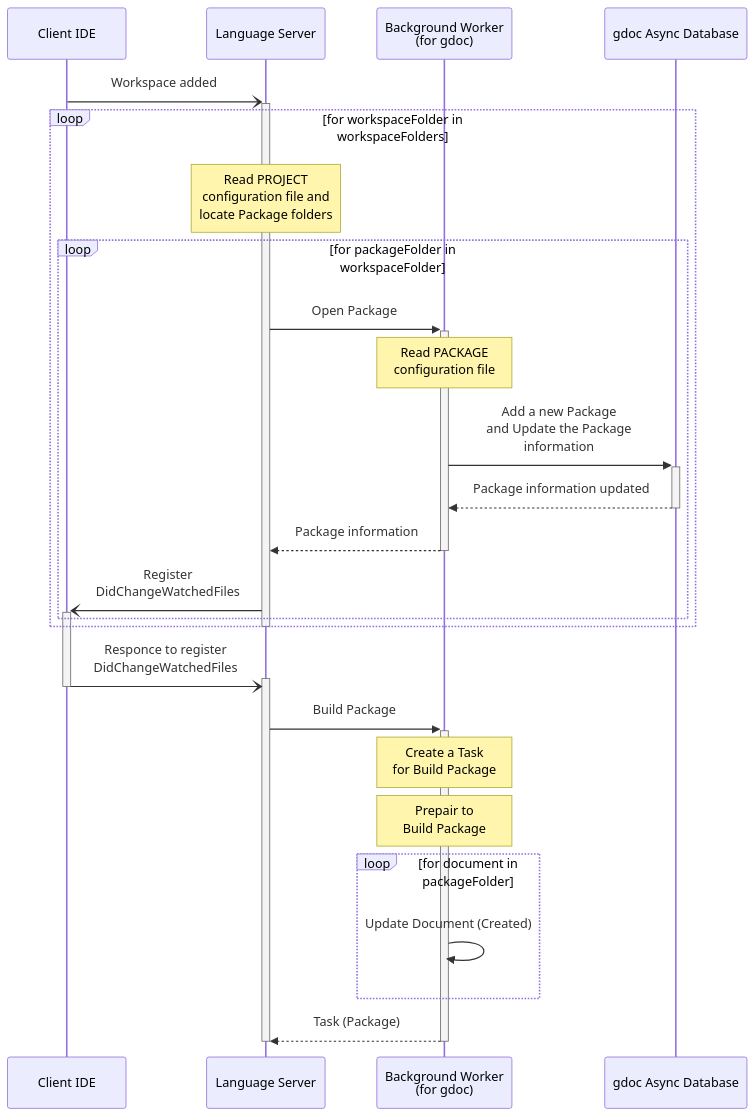
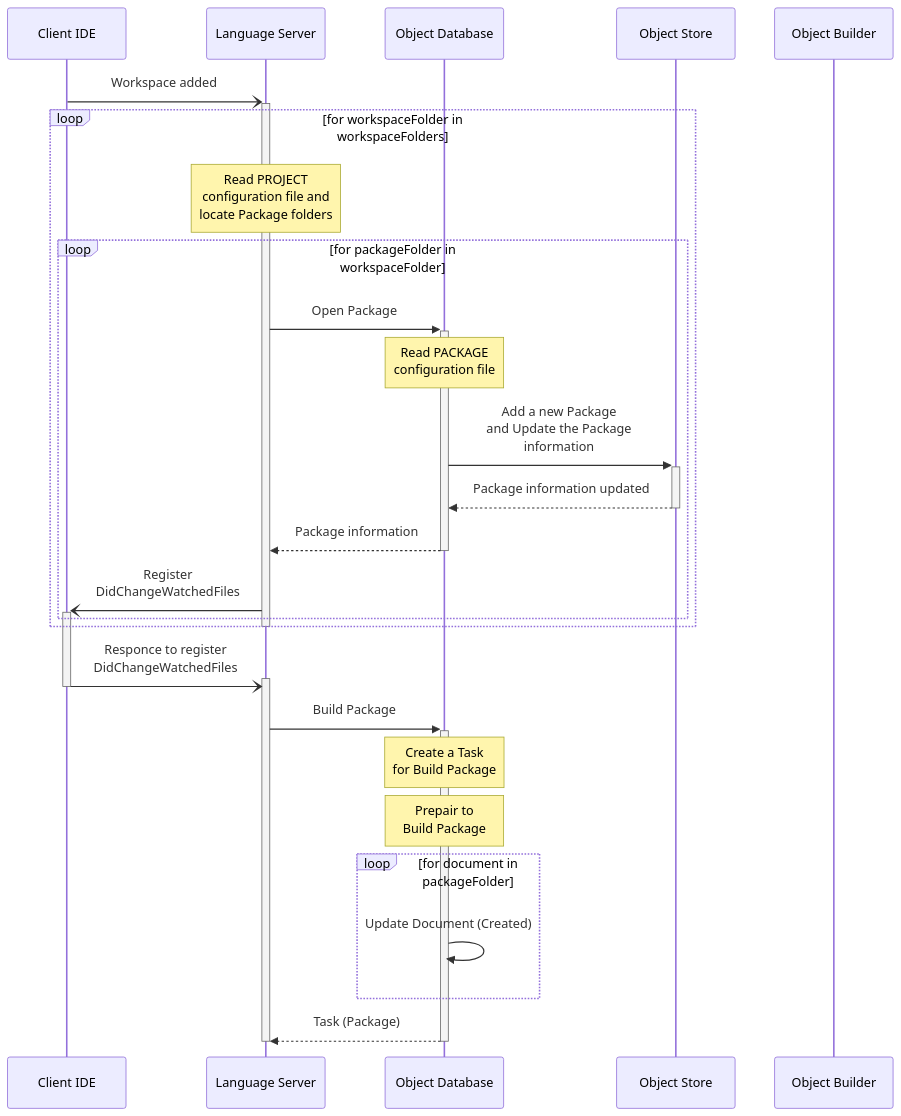
One commit to tyskdm/gdoc changed the first of 5 diagrams in docs/ArchitecturalDesign/gdocServer/LanguageServer.md. Above: the diagram before and after it, drawn with Mermaid. The commit also changed other lines of this file, not shown here.

Commit message:
refactor: Update sequence diagrams to replace Background Worker and gdoc Async Database with Object Database and Object Store

````diff
--- a/docs/ArchitecturalDesign/gdocServer/LanguageServer.md
+++ b/docs/ArchitecturalDesign/gdocServer/LanguageServer.md
@@ -126,32 +126,33 @@
 ```mermaid
 sequenceDiagram
   participant IDE as Client IDE
   participant LS as Language Server
-  participant Worker as Background Worker<br>(for gdoc)
-  participant DB as gdoc Async Database
+  participant ODB as Object Database
+  participant OBJ as Object Store
+  participant BLD as Object Builder
 
   IDE -) +LS: Workspace added
     Loop for workspaceFolder in workspaceFolders
       Note over LS: Read PROJECT<br>configuration file and<br>locate Package folders
       Loop for packageFolder in workspaceFolder
-        LS ->> +Worker: Open Package
-          Note over Worker: Read PACKAGE<br>configuration file
-            Worker ->> +DB: Add a new Package<br>and Update the Package<br>information
-            DB -->> -Worker: Package information updated
-        Worker -->> -LS: Package information
+        LS ->> +ODB: Open Package
+          Note over ODB: Read PACKAGE<br>configuration file
+            ODB ->> +OBJ: Add a new Package<br>and Update the Package<br>information
+            OBJ -->> -ODB: Package information updated
+        ODB -->> -LS: Package information
         LS -) +IDE: Register<br>DidChangeWatchedFiles
       end
     end
   deactivate LS
   %%
   IDE -) +LS: Responce to register<br>DidChangeWatchedFiles
     deactivate IDE
-    LS ->> +Worker: Build Package
-      Note over Worker: Create a Task<br>for Build Package
-      Note over Worker: Prepair to<br>Build Package
+    LS ->> +ODB: Build Package
+      Note over ODB: Create a Task<br>for Build Package
+      Note over ODB: Prepair to<br>Build Package
       Loop for document in packageFolder
-        Worker ->> Worker: Update Document (Created)
+        ODB ->> ODB: Update Document (Created)
       end
-     Worker -->> -LS: Task (Package)
+     ODB -->> -LS: Task (Package)
   deactivate LS
 ```
````
